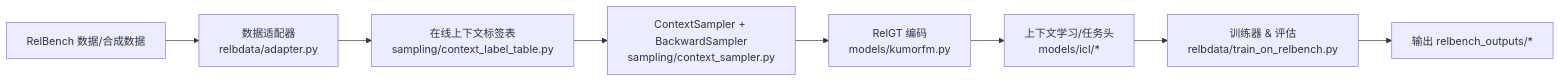
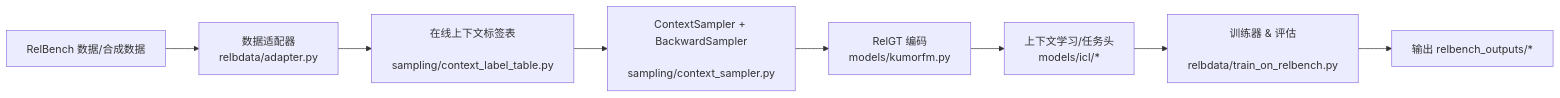
The diagram in README.md (JeromeZzz/RGFM), drawn with Mermaid before and after one commit.

````diff
--- a/README.md
+++ b/README.md
@@ -17,10 +17,10 @@
 ```mermaid
 flowchart LR
-    A[RelBench 数据/合成数据] --> B[数据适配器\nrelbdata/adapter.py]
-    B --> C[在线上下文标签表\nsampling/context_label_table.py]
-    C --> D[ContextSampler + BackwardSampler\nsampling/context_sampler.py]
-    D --> E[RelGT 编码\nmodels/kumorfm.py]
-    E --> F[上下文学习/任务头\nmodels/icl/*]
-    F --> G[训练器 & 评估\nrelbdata/train_on_relbench.py]
+    A[RelBench 数据/合成数据] --> B[数据适配器\n relbdata/adapter.py]
+    B --> C[在线上下文标签表\n sampling/context_label_table.py]
+    C --> D[ContextSampler + BackwardSampler\n sampling/context_sampler.py]
+    D --> E[RelGT 编码\n models/kumorfm.py]
+    E --> F[上下文学习/任务头\n models/icl/*]
+    F --> G[训练器 & 评估\n relbdata/train_on_relbench.py]
     G --> H[输出 relbench_outputs/*]
 ```
````
